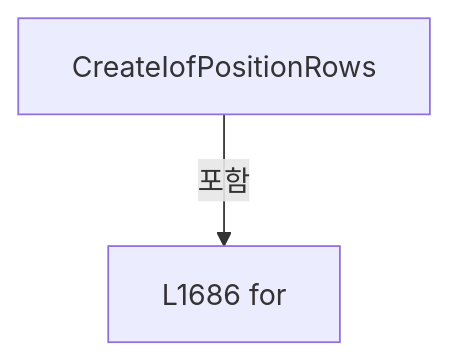
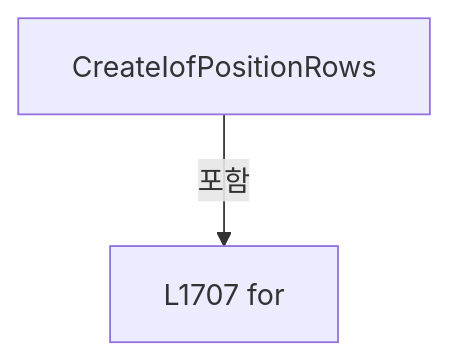
The ninth of 9 diagrams in A3 LD Code Ref/files/Drilling.File/JHMI/CMelsecMapFile.cs.md (kjuws10-rgb/Shared), drawn with Mermaid before and after one commit. The commit also changed other lines of this file and 8055 other files, not shown here.

Commit message:
docs(a3): trace Stage Glass Data and refresh architecture and full code reference

````diff
--- a/A3 LD Code Ref/files/Drilling.File/JHMI/CMelsecMapFile.cs.md
+++ b/A3 LD Code Ref/files/Drilling.File/JHMI/CMelsecMapFile.cs.md
@@ -2105,6 +2158,6 @@
 ```mermaid
 flowchart TD
  M["CreateIofPositionRows"]
- N0["L1686 for"]
+ N0["L1707 for"]
  M -->|포함| N0
 ```
````
